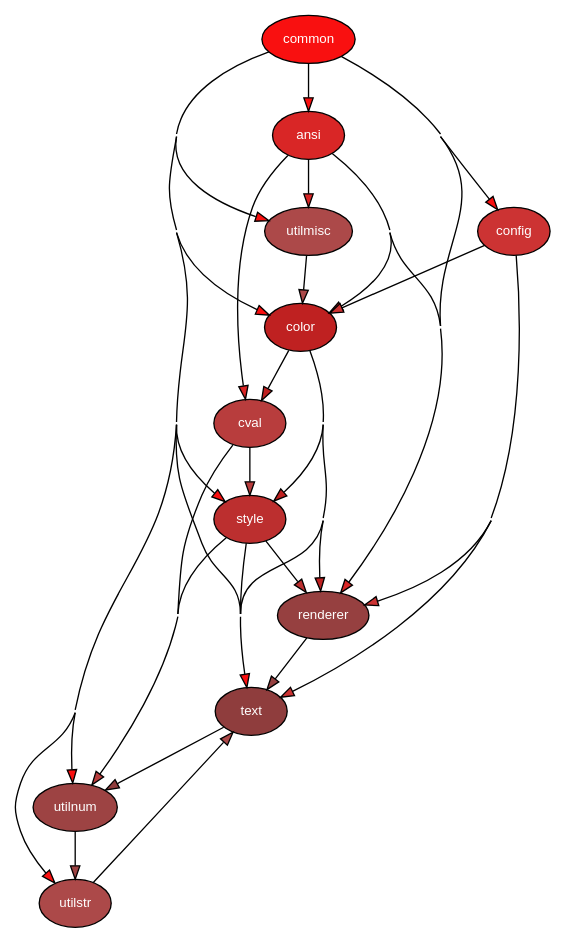
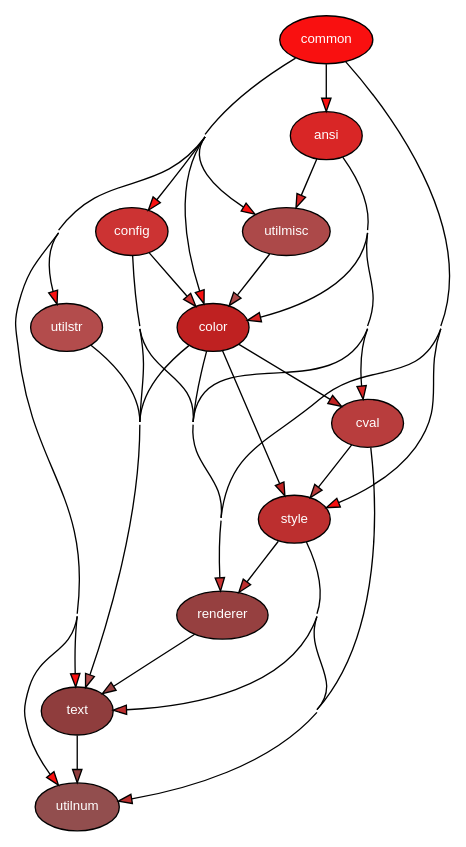
One commit to delameter/pytermor changed the diagram in docs/_generated/module.dot. Above: the diagram before and after it, drawn with Graphviz. The commit also changed 12 other files, not shown here.

```diff
--- a/docs/_generated/module.dot
+++ b/docs/_generated/module.dot
@@ -1,49 +1,48 @@
 
 digraph G {
     concentrate = true;
 
     rankdir = TB;
     node [style=filled,fillcolor="#ffffff",fontcolor="#000000",fontname=Helvetica,fontsize=10];
 
     pytermor_ansi [fillcolor="#d92626",fontcolor="#ffffff",label="ansi"];
     pytermor_color [fillcolor="#bf2121",fontcolor="#ffffff",label="color"];
     pytermor_common [fillcolor="#f91010",fontcolor="#ffffff",label="common"];
     pytermor_config [fillcolor="#cc3333",fontcolor="#ffffff",label="config"];
     pytermor_cval [fillcolor="#b83d3d",fontcolor="#ffffff",label="cval"];
     pytermor_renderer [fillcolor="#964040",fontcolor="#ffffff",label="renderer"];
     pytermor_style [fillcolor="#bc2f2f",fontcolor="#ffffff",label="style"];
     pytermor_text [fillcolor="#8f3d3d",fontcolor="#ffffff",label="text"];
     pytermor_utilmisc [fillcolor="#ac4949",fontcolor="#ffffff",label="utilmisc"];
-    pytermor_utilnum [fillcolor="#9d4343",fontcolor="#ffffff",label="utilnum"];
-    pytermor_utilstr [fillcolor="#ac4949",fontcolor="#ffffff",label="utilstr"];
+    pytermor_utilnum [fillcolor="#924e4e",fontcolor="#ffffff",label="utilnum"];
+    pytermor_utilstr [fillcolor="#b34c4c",fontcolor="#ffffff",label="utilstr"];
     pytermor_ansi -> pytermor_color [fillcolor="#d92626"];
     pytermor_ansi -> pytermor_cval [fillcolor="#d92626"];
     pytermor_ansi -> pytermor_renderer [fillcolor="#d92626"];
     pytermor_ansi -> pytermor_utilmisc [fillcolor="#d92626"];
     pytermor_color -> pytermor_cval [fillcolor="#bf2121"];
     pytermor_color -> pytermor_renderer [fillcolor="#bf2121"];
     pytermor_color -> pytermor_style [fillcolor="#bf2121"];
     pytermor_color -> pytermor_text [fillcolor="#bf2121"];
     pytermor_common -> pytermor_ansi [fillcolor="#f91010"];
     pytermor_common -> pytermor_color [fillcolor="#f91010"];
     pytermor_common -> pytermor_config [fillcolor="#f91010"];
     pytermor_common -> pytermor_renderer [fillcolor="#f91010"];
     pytermor_common -> pytermor_style [fillcolor="#f91010"];
     pytermor_common -> pytermor_text [fillcolor="#f91010"];
     pytermor_common -> pytermor_utilmisc [fillcolor="#f91010"];
     pytermor_common -> pytermor_utilnum [fillcolor="#f91010"];
     pytermor_common -> pytermor_utilstr [fillcolor="#f91010"];
     pytermor_config -> pytermor_color [fillcolor="#cc3333"];
     pytermor_config -> pytermor_renderer [fillcolor="#cc3333"];
     pytermor_config -> pytermor_text [fillcolor="#cc3333"];
     pytermor_cval -> pytermor_style [fillcolor="#b83d3d"];
     pytermor_cval -> pytermor_utilnum [fillcolor="#b83d3d"];
     pytermor_renderer -> pytermor_text [fillcolor="#964040"];
     pytermor_style -> pytermor_renderer [fillcolor="#bc2f2f"];
     pytermor_style -> pytermor_text [fillcolor="#bc2f2f"];
     pytermor_style -> pytermor_utilnum [fillcolor="#bc2f2f"];
     pytermor_text -> pytermor_utilnum [fillcolor="#8f3d3d"];
     pytermor_utilmisc -> pytermor_color [fillcolor="#ac4949"];
-    pytermor_utilnum -> pytermor_utilstr [fillcolor="#9d4343"];
-    pytermor_utilstr -> pytermor_text [fillcolor="#ac4949"];
+    pytermor_utilstr -> pytermor_text [fillcolor="#b34c4c"];
 }
```
